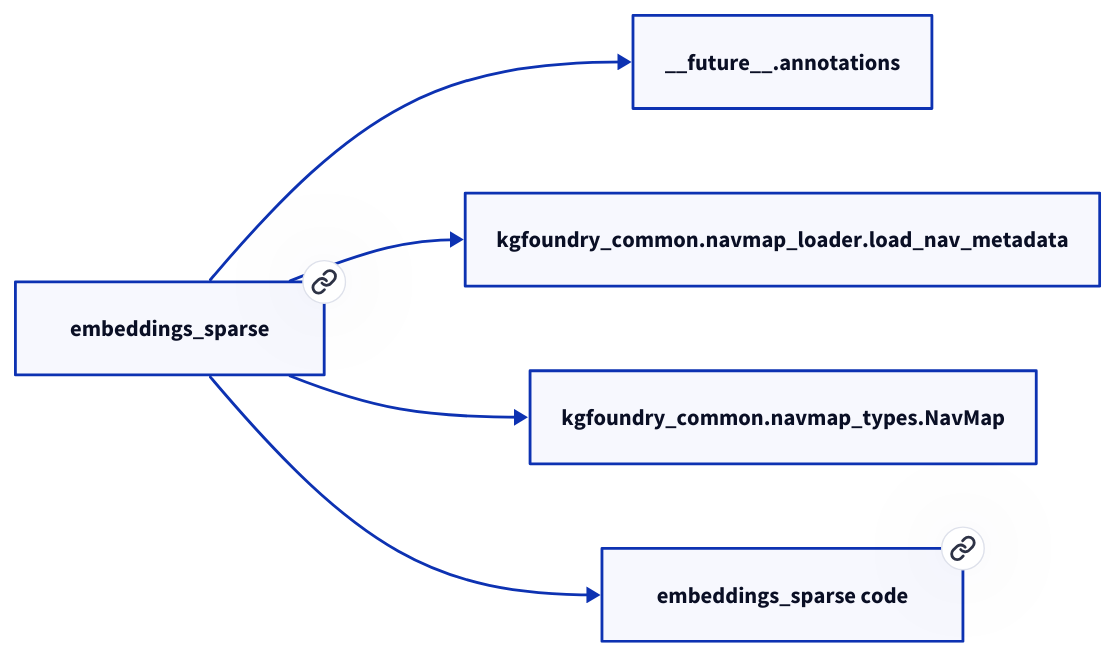
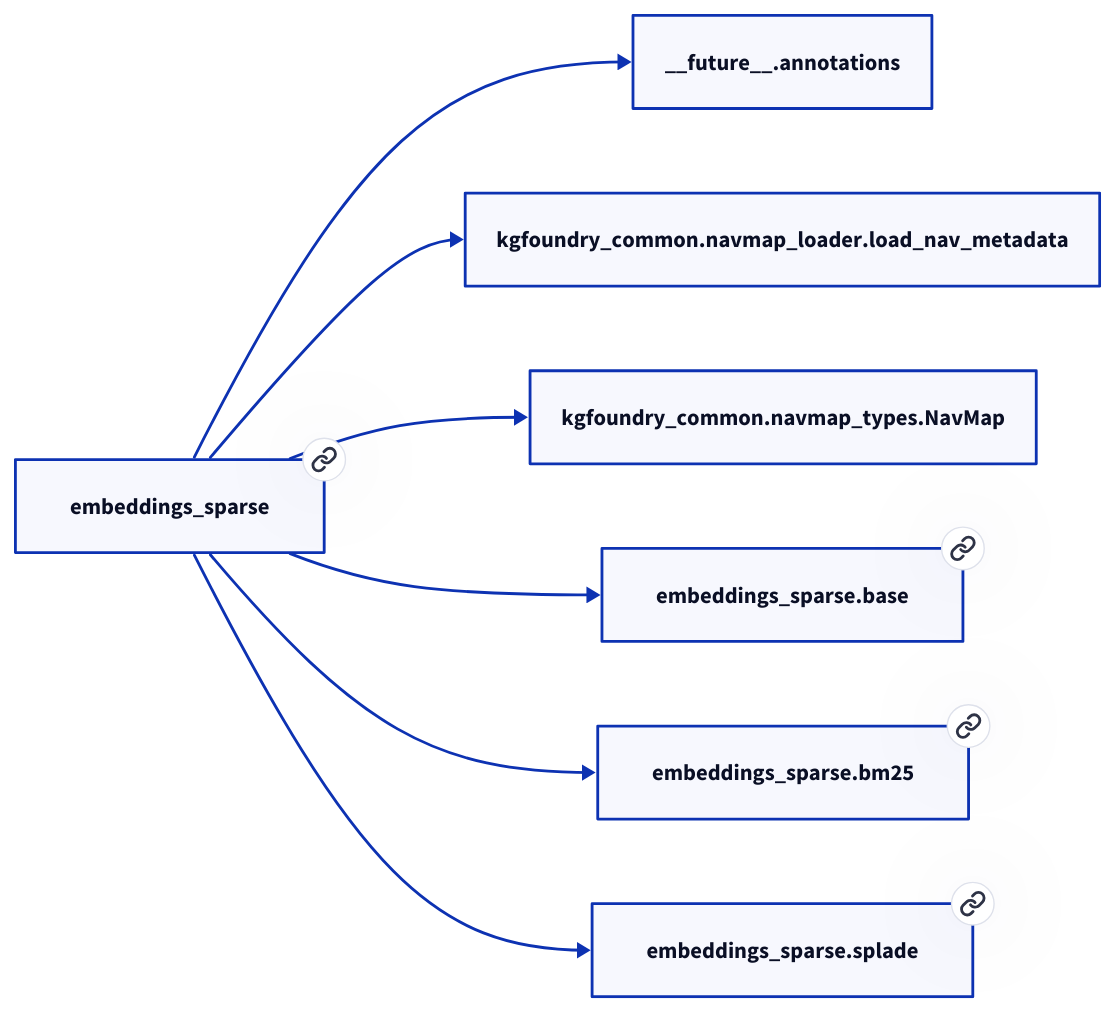
One commit to paul-heyse/kgforge changed the diagram in docs/modules/embeddings_sparse.md. Above: the diagram before and after it, drawn with D2. The commit also changed other lines of this file and 208 other files, not shown here.

````diff
--- a/docs/modules/embeddings_sparse.md
+++ b/docs/modules/embeddings_sparse.md
@@ -17,12 +21,16 @@
 ```d2
 direction: right
-"embeddings_sparse": "embeddings_sparse" { link: "./embeddings_sparse.md" }
+"embeddings_sparse": "embeddings_sparse" { link: "https://github.com/paul-heyse/kgfoundry/blob/main/src/embeddings_sparse/__init__.py" }
 "__future__.annotations": "__future__.annotations"
 "embeddings_sparse" -> "__future__.annotations"
 "kgfoundry_common.navmap_loader.load_nav_metadata": "kgfoundry_common.navmap_loader.load_nav_metadata"
 "embeddings_sparse" -> "kgfoundry_common.navmap_loader.load_nav_metadata"
 "kgfoundry_common.navmap_types.NavMap": "kgfoundry_common.navmap_types.NavMap"
 "embeddings_sparse" -> "kgfoundry_common.navmap_types.NavMap"
-"embeddings_sparse_code": "embeddings_sparse code" { link: "https://github.com/kgfoundry/kgfoundry/blob/main/src/embeddings_sparse/__init__.py" }
-"embeddings_sparse" -> "embeddings_sparse_code" { style: dashed }
+"embeddings_sparse.base": "embeddings_sparse.base" { link: "https://github.com/paul-heyse/kgfoundry/blob/main/src/embeddings_sparse/base.py" }
+"embeddings_sparse" -> "embeddings_sparse.base" { style: dashed }
+"embeddings_sparse.bm25": "embeddings_sparse.bm25" { link: "https://github.com/paul-heyse/kgfoundry/blob/main/src/embeddings_sparse/bm25.py" }
+"embeddings_sparse" -> "embeddings_sparse.bm25" { style: dashed }
+"embeddings_sparse.splade": "embeddings_sparse.splade" { link: "https://github.com/paul-heyse/kgfoundry/blob/main/src/embeddings_sparse/splade.py" }
+"embeddings_sparse" -> "embeddings_sparse.splade" { style: dashed }
 ```
````
